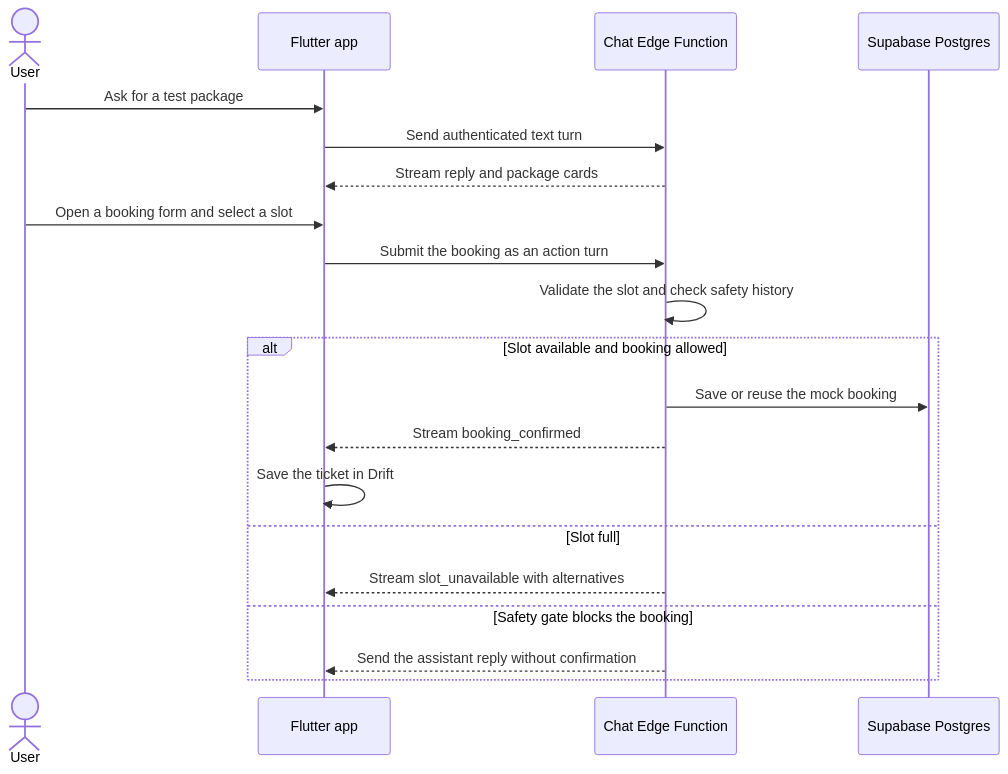
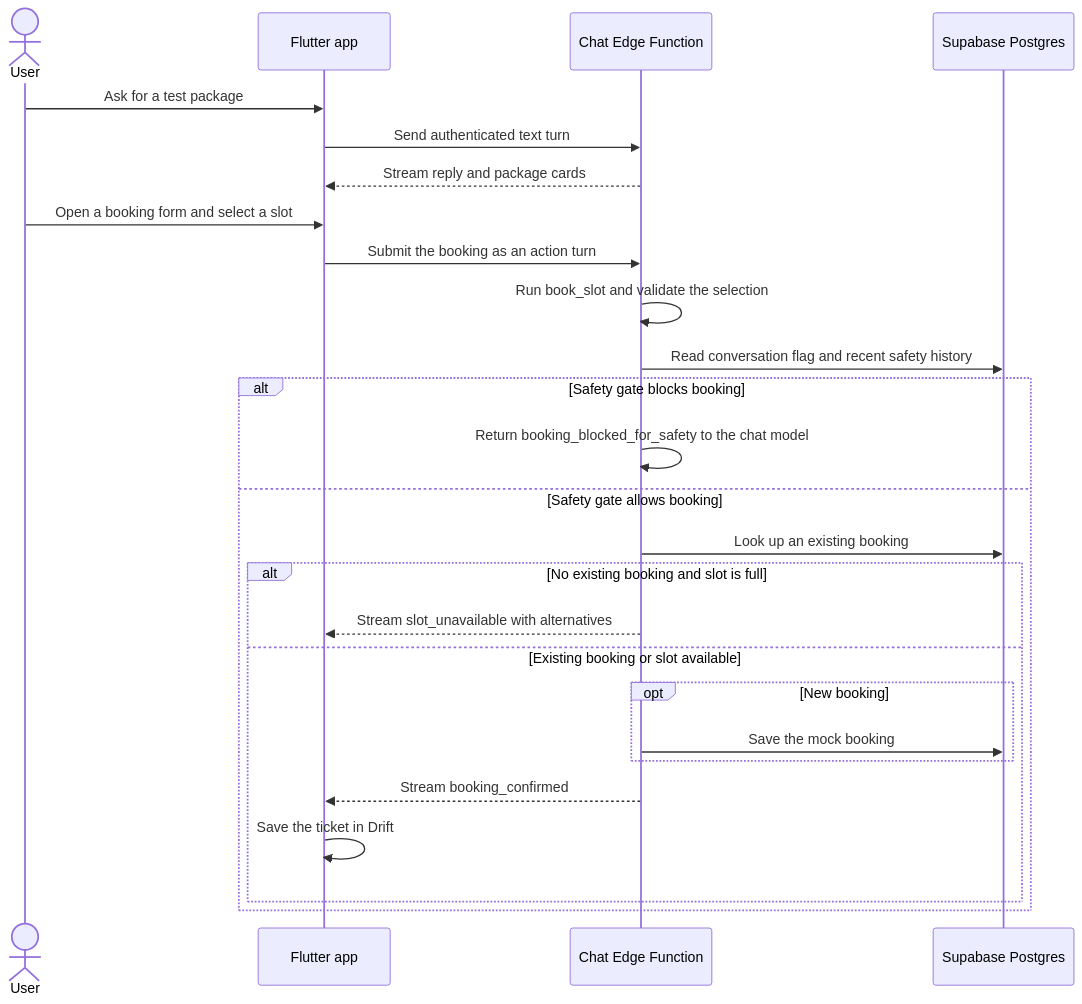
Before and after one commit to AmanSikarwar/booking-bot: the second of 3 diagrams in README.md, drawn with Mermaid. The commit also changed other lines of this file, not shown here.

Commit message:
docs: correct booking and safety diagrams

````diff
--- a/README.md
+++ b/README.md
@@ -94,23 +94,29 @@
 ```mermaid
 sequenceDiagram
     actor User
     participant App as Flutter app
     participant API as Chat Edge Function
     participant Store as Supabase Postgres
 
     User->>App: Ask for a test package
     App->>API: Send authenticated text turn
     API-->>App: Stream reply and package cards
     User->>App: Open a booking form and select a slot
     App->>API: Submit the booking as an action turn
-    API->>API: Validate the slot and check safety history
-    alt Slot available and booking allowed
-        API->>Store: Save or reuse the mock booking
-        API-->>App: Stream booking_confirmed
-        App->>App: Save the ticket in Drift
-    else Slot full
-        API-->>App: Stream slot_unavailable with alternatives
-    else Safety gate blocks the booking
-        API-->>App: Send the assistant reply without confirmation
+    API->>API: Run book_slot and validate the selection
+    API->>Store: Read conversation flag and recent safety history
+    alt Safety gate blocks booking
+        API->>API: Return booking_blocked_for_safety to the chat model
+    else Safety gate allows booking
+        API->>Store: Look up an existing booking
+        alt No existing booking and slot is full
+            API-->>App: Stream slot_unavailable with alternatives
+        else Existing booking or slot available
+            opt New booking
+                API->>Store: Save the mock booking
+            end
+            API-->>App: Stream booking_confirmed
+            App->>App: Save the ticket in Drift
+        end
     end
 ```
````
